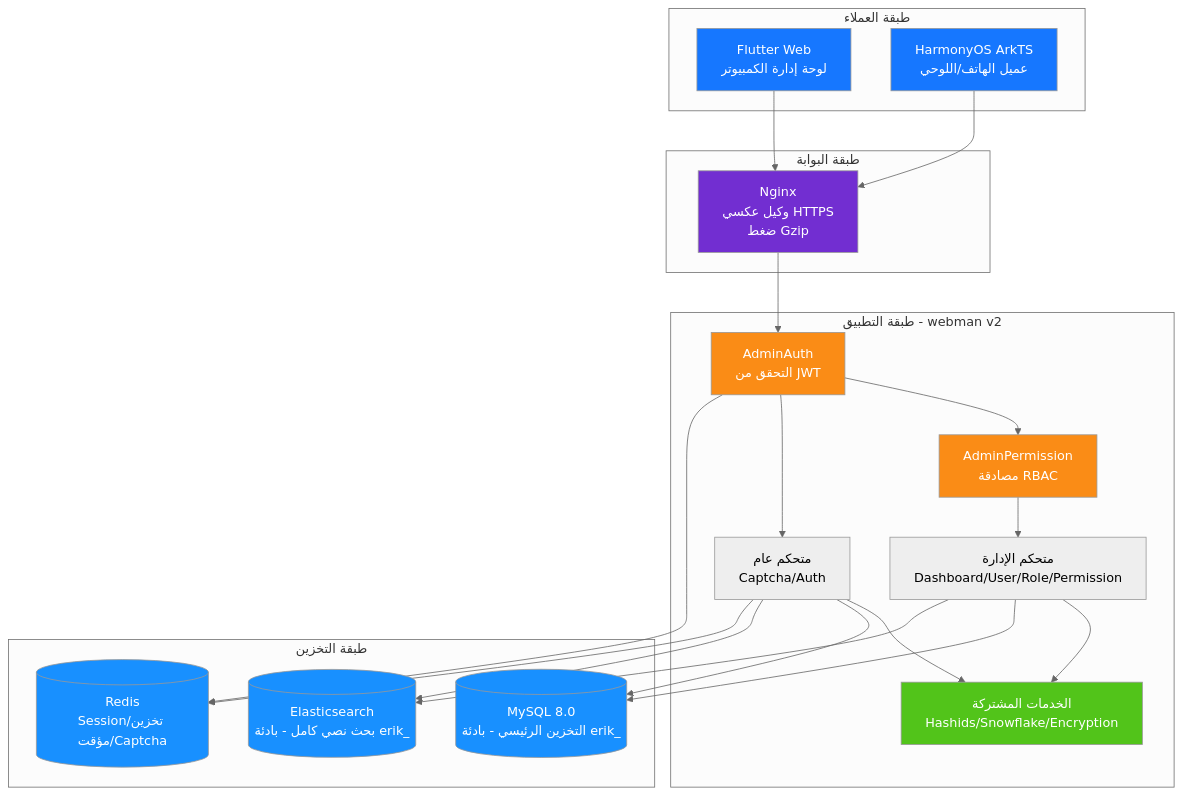
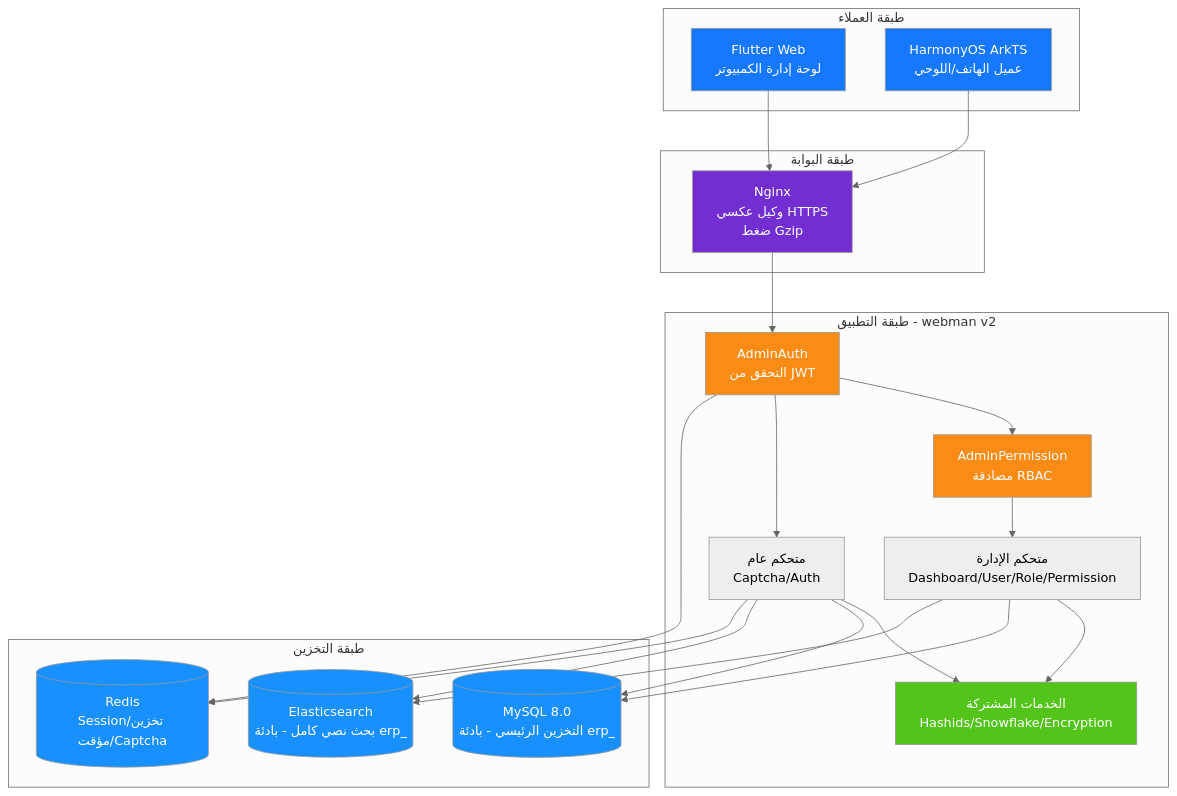
One commit to erikwang2013/erp-php changed the diagram in docs/i18n/ar/diagrams/01-system-architecture.md. Above: the diagram before and after it, drawn with Mermaid (neutral theme). The commit also changed 449 other files, not shown here.

First line of the commit message:
全局命名统一：数据库 erp、表前缀 erp_、Redis 前缀 erp:（原 erik_/open_admin）

````diff
--- a/docs/i18n/ar/diagrams/01-system-architecture.md
+++ b/docs/i18n/ar/diagrams/01-system-architecture.md
@@ -3,50 +3,50 @@
 ```mermaid
 flowchart TB
     subgraph clients["طبقة العملاء"]
         flutter["Flutter Web<br/>لوحة إدارة الكمبيوتر"]
         harmony["HarmonyOS ArkTS<br/>عميل الهاتف/اللوحي"]
     end
 
     subgraph gateway["طبقة البوابة"]
         nginx["Nginx<br/>وكيل عكسي HTTPS<br/>ضغط Gzip"]
     end
 
     subgraph app["طبقة التطبيق - webman v2"]
         auth["AdminAuth<br/>التحقق من JWT"]
         perm["AdminPermission<br/>مصادقة RBAC"]
         admin["متحكم الإدارة<br/>Dashboard/User/Role/Permission"]
         public["متحكم عام<br/>Captcha/Auth"]
         common["الخدمات المشتركة<br/>Hashids/Snowflake/Encryption"]
     end
 
     subgraph storage["طبقة التخزين"]
-        mysql[("MySQL 8.0<br/>التخزين الرئيسي - بادئة erik_")]
-        es[("Elasticsearch<br/>بحث نصي كامل - بادئة erik_")]
+        mysql[("MySQL 8.0<br/>التخزين الرئيسي - بادئة erp_")]
+        es[("Elasticsearch<br/>بحث نصي كامل - بادئة erp_")]
         redis[("Redis<br/>Session/تخزين مؤقت/Captcha")]
     end
 
     flutter --> nginx
     harmony --> nginx
     nginx --> auth
     auth --> perm
     perm --> admin
     auth --> public
     admin --> common
     public --> common
     admin --> mysql
     public --> mysql
     admin --> es
     public --> es
     auth --> redis
     public --> redis
 
     style flutter fill:#1677FF,color:#fff
     style harmony fill:#1677FF,color:#fff
     style nginx fill:#722ED1,color:#fff
     style auth fill:#FA8C16,color:#fff
     style perm fill:#FA8C16,color:#fff
     style common fill:#52C41A,color:#fff
     style mysql fill:#1890FF,color:#fff
     style es fill:#1890FF,color:#fff
     style redis fill:#1890FF,color:#fff
 ```
````
